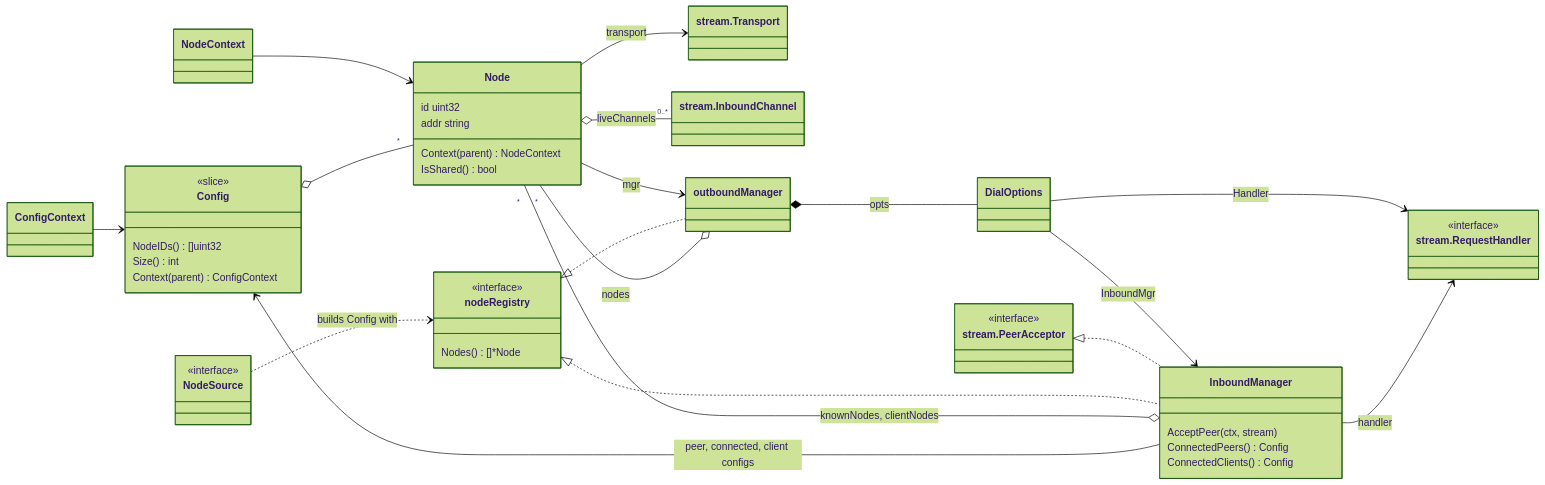
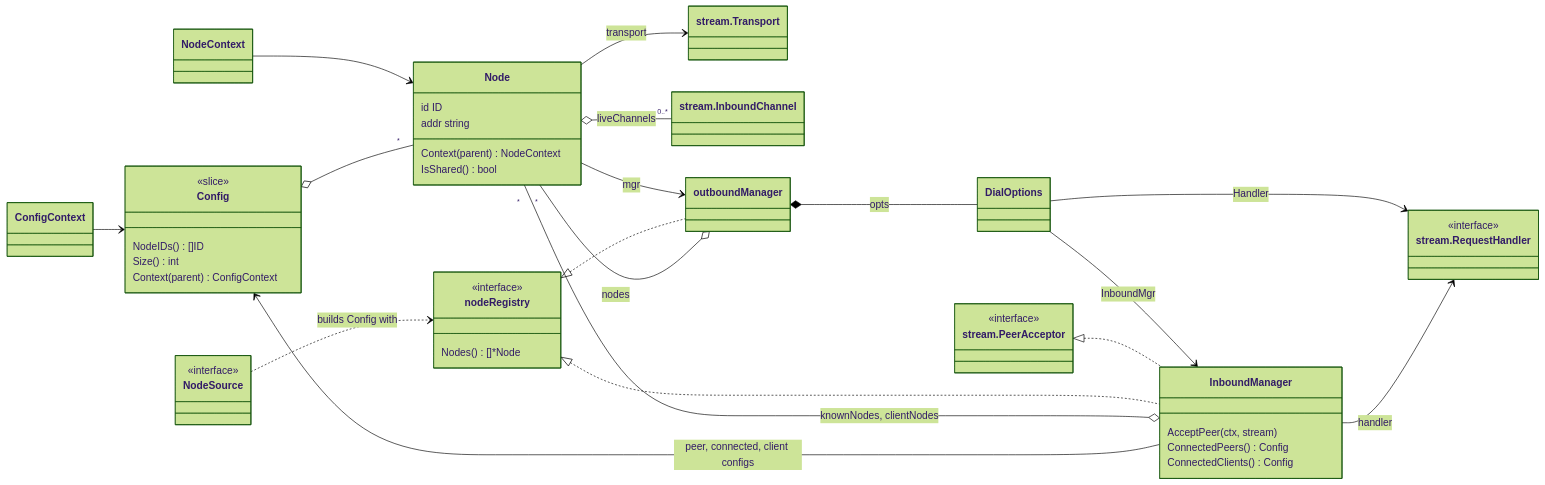
One commit to relab/gorums changed the third of 8 diagrams in doc/dev-guide.md. Above: the diagram before and after it, drawn with Mermaid (forest theme). The commit also changed other lines of this file and 26 other files, not shown here.

````diff
--- a/doc/dev-guide.md
+++ b/doc/dev-guide.md
@@ -256,54 +256,54 @@
 ```mermaid
 classDiagram
     direction LR
     class Config {
         <<slice>>
-        NodeIDs() []uint32
+        NodeIDs() []ID
         Size() int
         Context(parent) ConfigContext
     }
     class Node {
-        id uint32
+        id ID
         addr string
         Context(parent) NodeContext
         IsShared() bool
     }
     class NodeSource {
         <<interface>>
     }
     class nodeRegistry {
         <<interface>>
         Nodes() []*Node
     }
     class InboundManager {
         AcceptPeer(ctx, stream)
         ConnectedPeers() Config
         ConnectedClients() Config
     }
     class StreamTransport["stream.Transport"]
     class StreamInboundChannel["stream.InboundChannel"]
     class StreamPeerAcceptor["stream.PeerAcceptor"] {
         <<interface>>
     }
     class StreamRequestHandler["stream.RequestHandler"] {
         <<interface>>
     }
 
     ConfigContext --> Config
     NodeContext --> Node
     Config o-- "*" Node
     Node --> StreamTransport : transport
     Node --> outboundManager : mgr
     Node o-- "0..*" StreamInboundChannel : liveChannels
     outboundManager o-- "*" Node : nodes
     outboundManager *-- DialOptions : opts
     DialOptions --> InboundManager : InboundMgr
     DialOptions --> StreamRequestHandler : Handler
     InboundManager o-- "*" Node : knownNodes, clientNodes
     InboundManager --> Config : peer, connected, client configs
     InboundManager --> StreamRequestHandler : handler
     StreamPeerAcceptor <|.. InboundManager
     nodeRegistry <|.. outboundManager
     nodeRegistry <|.. InboundManager
     NodeSource ..> nodeRegistry : builds Config with
 ```
````
